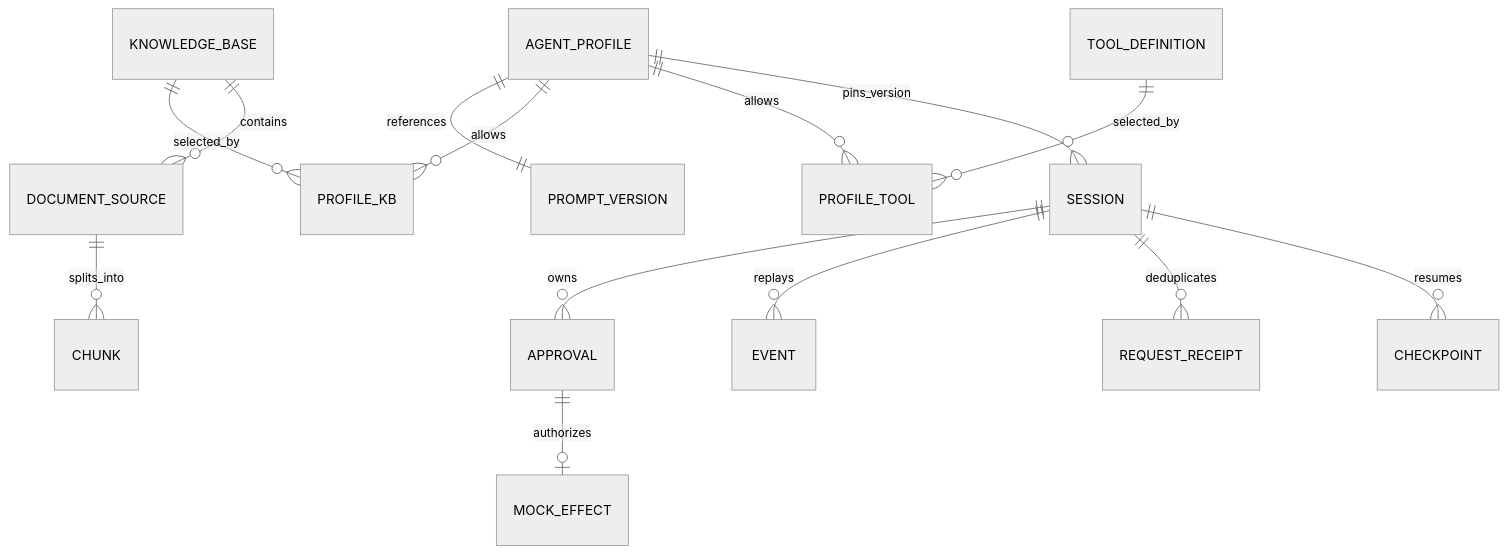
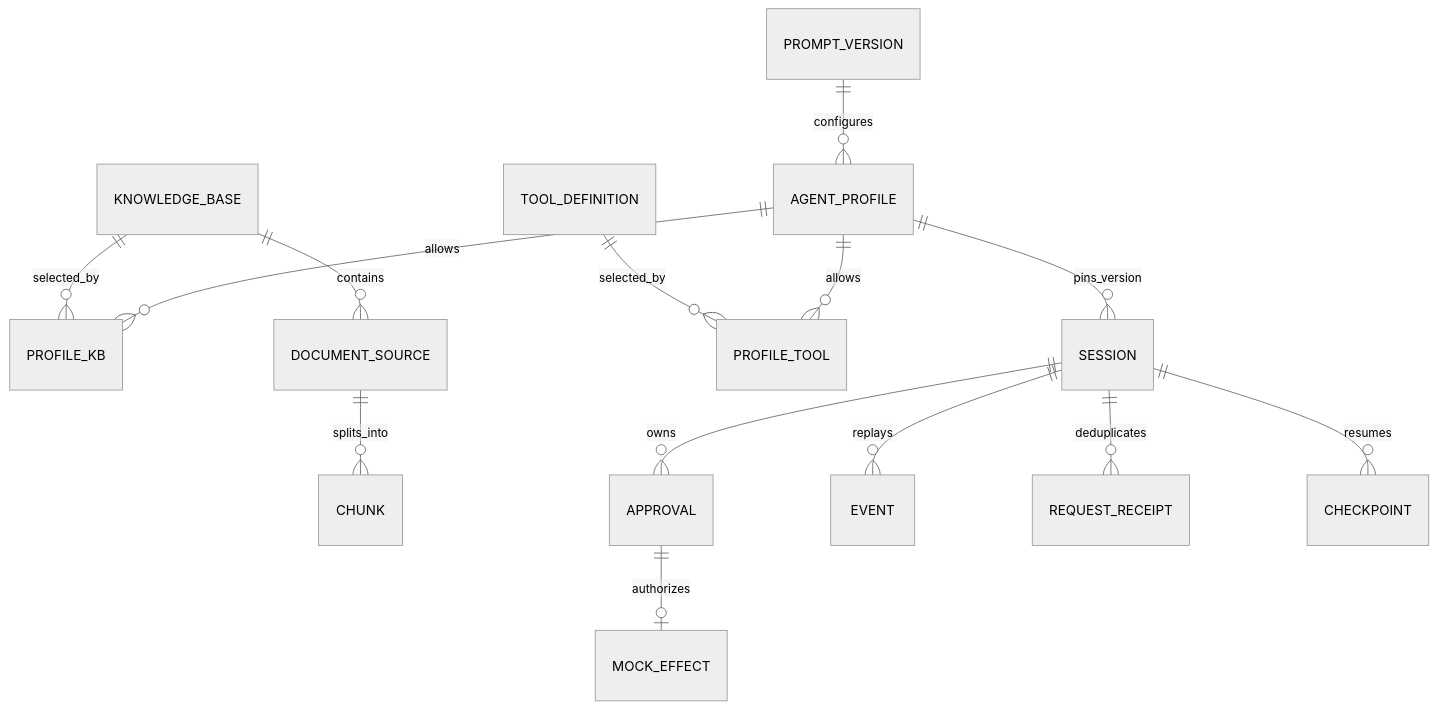
The third of 3 diagrams in docs/architecture.md (jason4166/omniagent-studio), drawn with Mermaid (neutral theme) before and after one commit. The commit also changed 20 other files, not shown here.

````diff
--- a/docs/architecture.md
+++ b/docs/architecture.md
@@ -61,16 +61,16 @@
 ```mermaid
 erDiagram
-  AGENT_PROFILE ||--|| PROMPT_VERSION : references
+  PROMPT_VERSION ||--o{ AGENT_PROFILE : configures
   AGENT_PROFILE ||--o{ PROFILE_KB : allows
   KNOWLEDGE_BASE ||--o{ PROFILE_KB : selected_by
   KNOWLEDGE_BASE ||--o{ DOCUMENT_SOURCE : contains
   DOCUMENT_SOURCE ||--o{ CHUNK : splits_into
   AGENT_PROFILE ||--o{ PROFILE_TOOL : allows
   TOOL_DEFINITION ||--o{ PROFILE_TOOL : selected_by
   AGENT_PROFILE ||--o{ SESSION : pins_version
   SESSION ||--o{ APPROVAL : owns
   SESSION ||--o{ EVENT : replays
   SESSION ||--o{ REQUEST_RECEIPT : deduplicates
   SESSION ||--o{ CHECKPOINT : resumes
   APPROVAL ||--o| MOCK_EFFECT : authorizes
 ```
````
